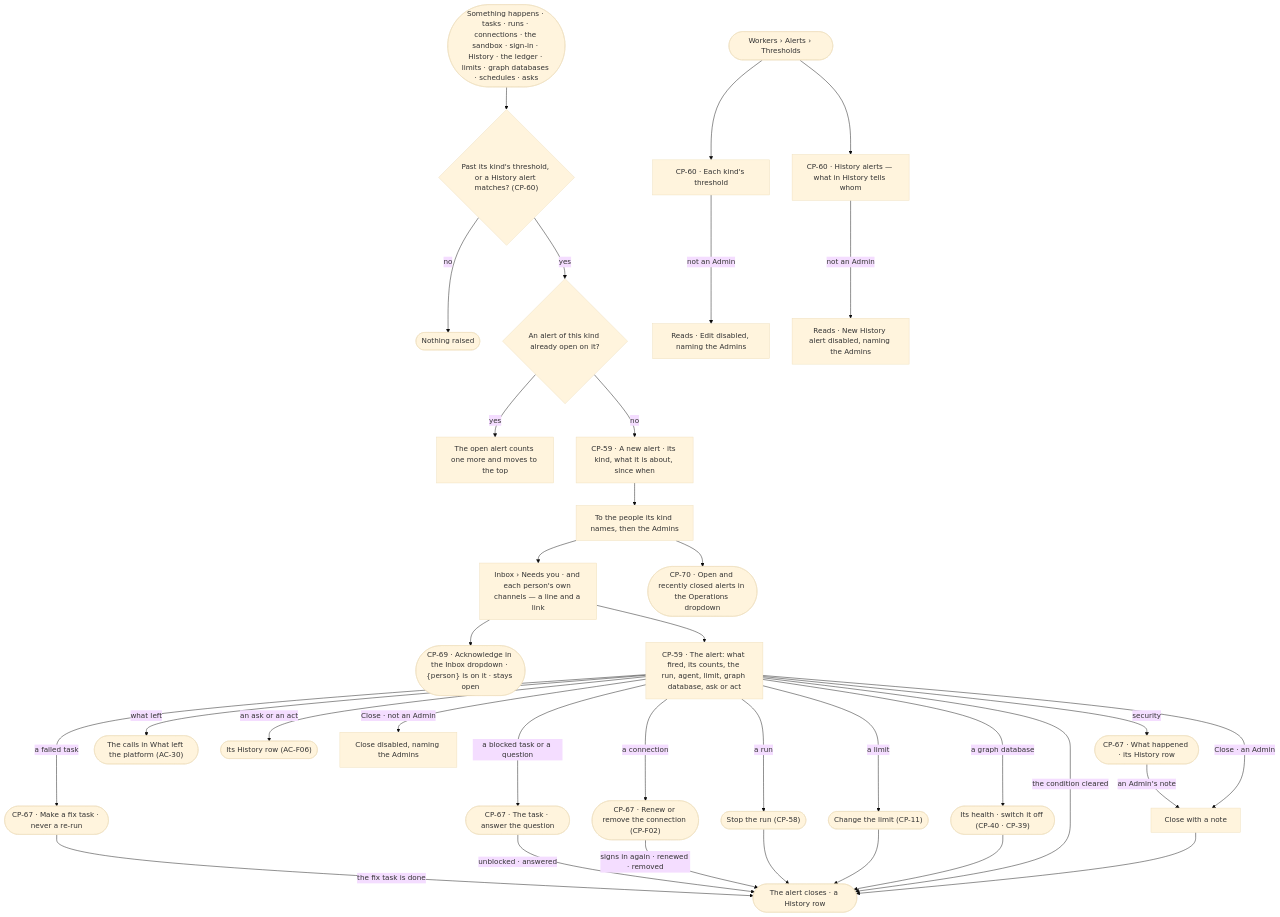
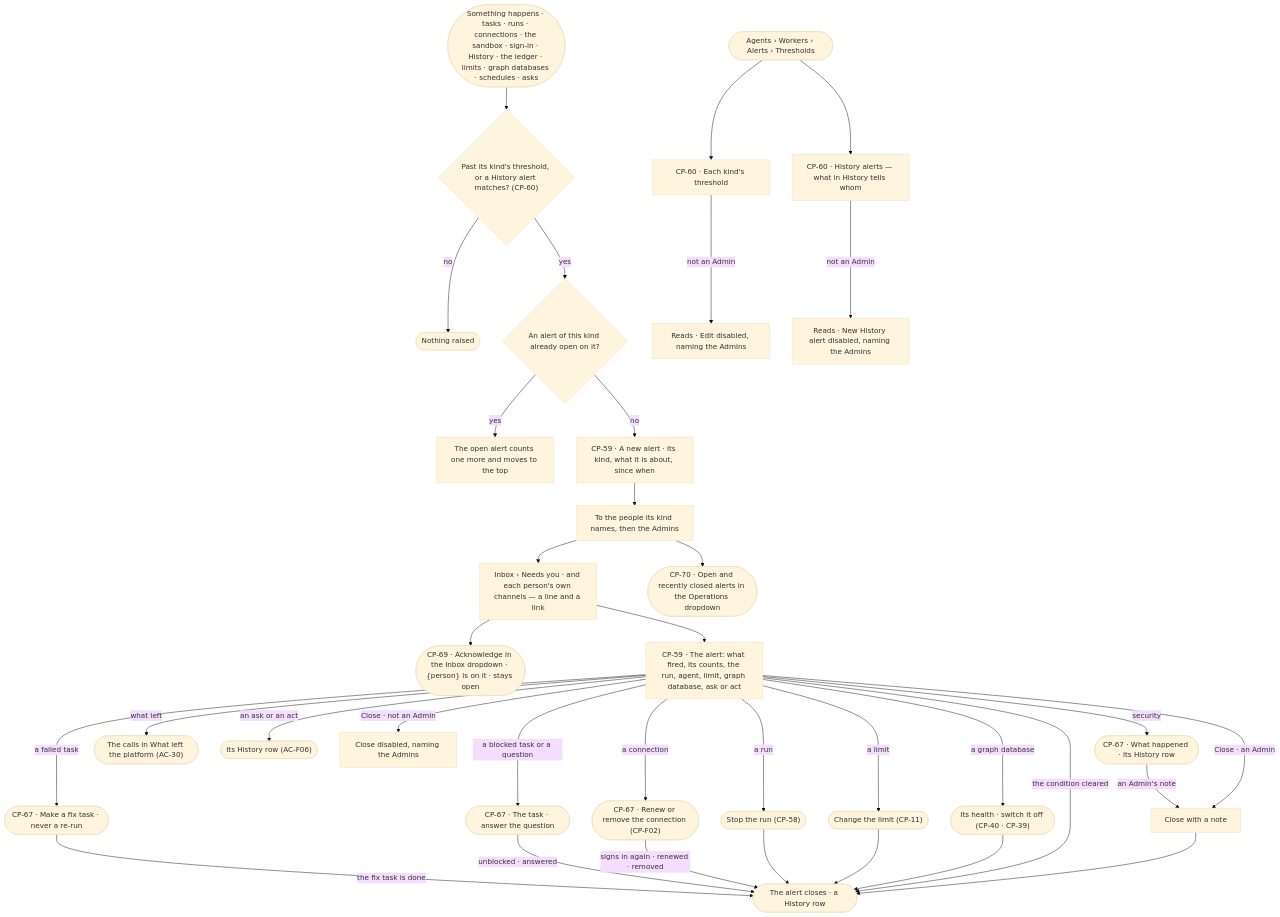
The first of 2 diagrams in specs/os/control/features/CP-F11-ops-alerting/feature.md (invana/invana), drawn with Mermaid (base theme) before and after one commit. The commit also changed other lines of this file and 106 other files, not shown here.

````diff
--- a/specs/os/control/features/CP-F11-ops-alerting/feature.md
+++ b/specs/os/control/features/CP-F11-ops-alerting/feature.md
@@ -29,36 +29,36 @@
 ```mermaid
 flowchart TD
   sig([Something happens · tasks · runs · connections · the sandbox · sign-in · History · the ledger · limits · graph databases · schedules · asks]) --> m{"Past its kind's threshold, or a History alert matches? (CP-60)"}
   m -->|no| q(["Nothing raised"])
   m -->|yes| open{"An alert of this kind already open on it?"}
   open -->|yes| inc["The open alert counts one more and moves to the top"]
   open -->|no| a["CP-59 · A new alert · its kind, what it is about, since when"]
   a --> rc["To the people its kind names, then the Admins"]
   rc --> ib["Inbox › Needs you · and each person's own channels — a line and a link"]
   ib --> ack(["CP-69 · Acknowledge in the Inbox dropdown · {person} is on it · stays open"])
   rc --> ops(["CP-70 · Open and recently closed alerts in the Operations dropdown"])
   ib --> view["CP-59 · The alert: what fired, its counts, the run, agent, limit, graph database, ask or act"]
   view -->|a run| stop(["Stop the run (CP-58)"])
   view -->|a failed task| fix(["CP-67 · Make a fix task · never a re-run"])
   view -->|a blocked task or a question| tk(["CP-67 · The task · answer the question"])
   view -->|a connection| cn(["CP-67 · Renew or remove the connection (CP-F02)"])
   view -->|security| sec(["CP-67 · What happened · its History row"])
   fix -->|the fix task is done| cl
   tk -->|unblocked · answered| cl
   cn -->|signs in again · renewed · removed| cl
   sec -->|an Admin's note| note
   view -->|a limit| lim(["Change the limit (CP-11)"])
   view -->|a graph database| gd(["Its health · switch it off (CP-40 · CP-39)"])
   view -->|what left| led(["The calls in What left the platform (AC-30)"])
   view -->|an ask or an act| hist(["Its History row (AC-F06)"])
   stop --> cl(["The alert closes · a History row"])
   lim --> cl
   gd --> cl
   view -->|the condition cleared| cl
   view -->|Close · an Admin| note["Close with a note"] --> cl
   view -->|Close · not an Admin| nc["Close disabled, naming the Admins"]
-  set([Workers › Alerts › Thresholds]) --> t["CP-60 · Each kind's threshold"]
+  set([Agents › Workers › Alerts › Thresholds]) --> t["CP-60 · Each kind's threshold"]
   t -->|not an Admin| ro["Reads · Edit disabled, naming the Admins"]
   set --> ha["CP-60 · History alerts — what in History tells whom"]
   ha -->|not an Admin| hro["Reads · New History alert disabled, naming the Admins"]
 ```
````
